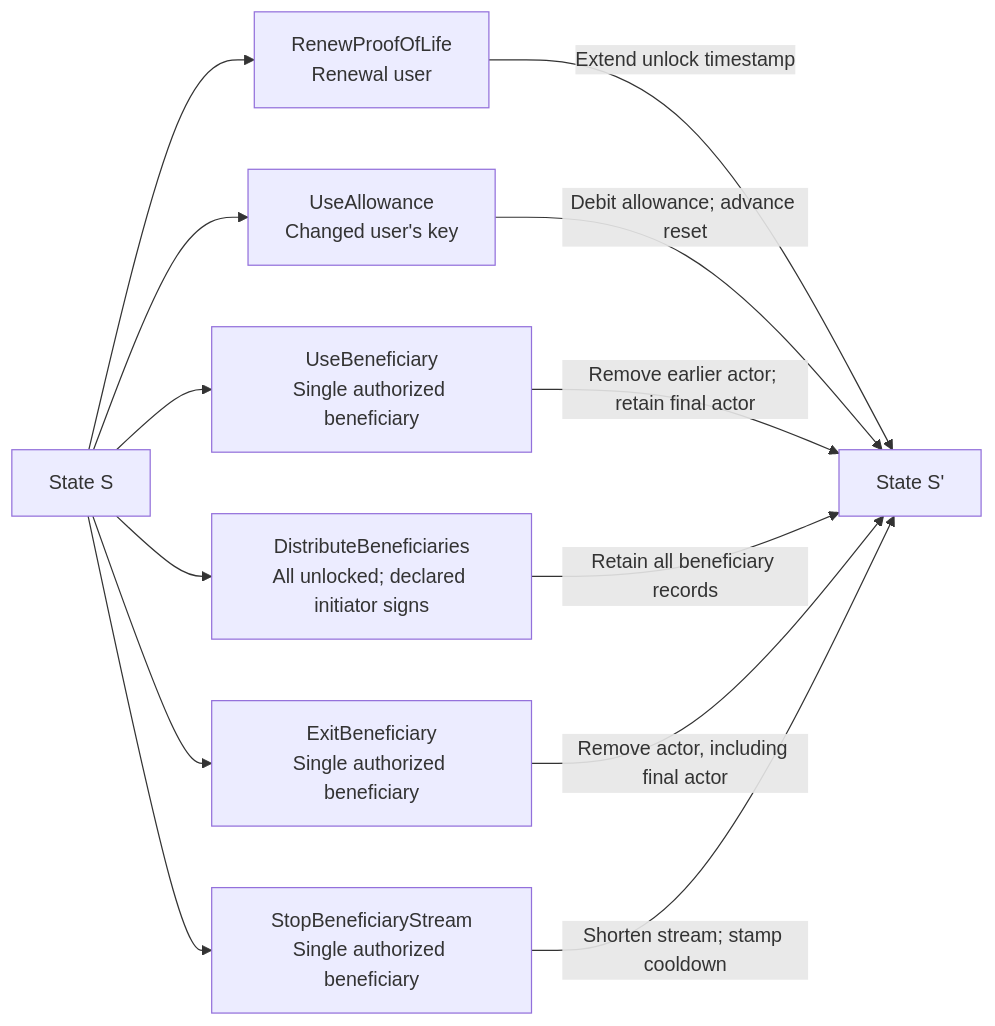
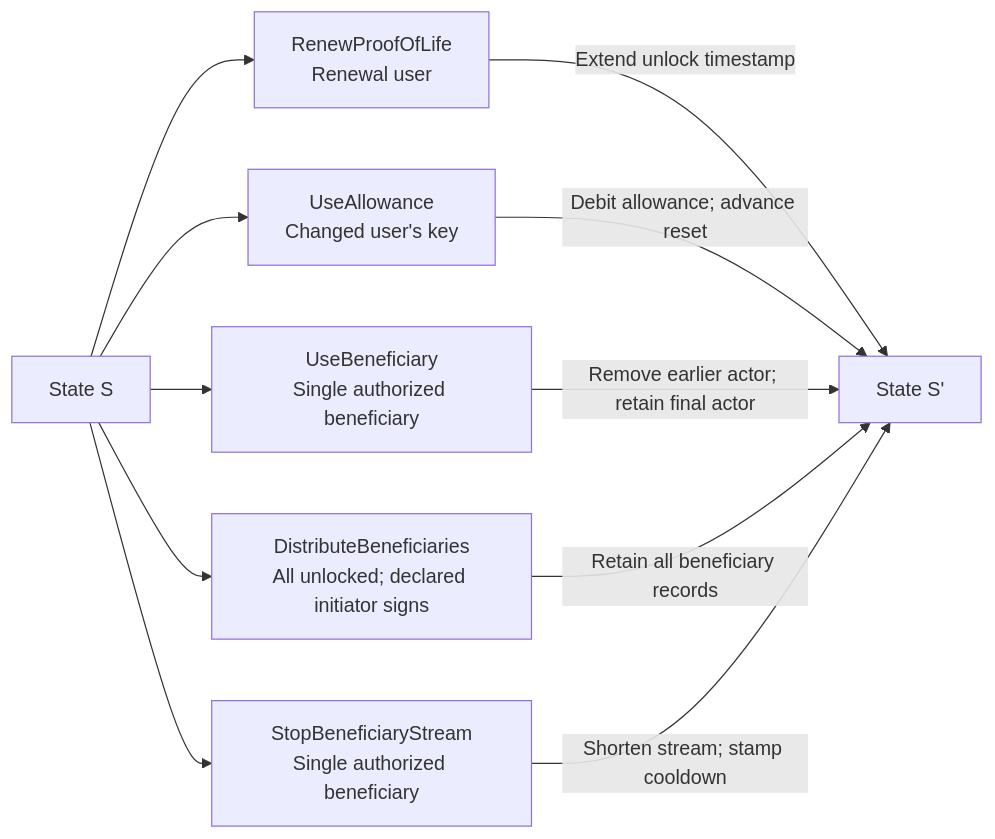
The fourth of 24 diagrams in docs/smart-contract-state-diagram.md (schaier-io/epora-wallet), drawn with Mermaid before and after one commit. The commit also changed other lines of this file and 104 other files, not shown here.

Commit message:
Remove permanent beneficiary exit

````diff
--- a/docs/smart-contract-state-diagram.md
+++ b/docs/smart-contract-state-diagram.md
@@ -164,15 +162,13 @@
 ```mermaid
 flowchart LR
     S["State S"] --> R["RenewProofOfLife<br/>Renewal user"]
     S --> A["UseAllowance<br/>Changed user's key"]
     S --> B["UseBeneficiary<br/>Single authorized beneficiary"]
     S --> D["DistributeBeneficiaries<br/>All unlocked; declared initiator signs"]
-    S --> E["ExitBeneficiary<br/>Single authorized beneficiary"]
     S --> T["StopBeneficiaryStream<br/>Single authorized beneficiary"]
     R -->|"Extend unlock timestamp"| N["State S'"]
     A -->|"Debit allowance; advance reset"| N
     B -->|"Remove earlier actor; retain final actor"| N
     D -->|"Retain all beneficiary records"| N
-    E -->|"Remove actor, including final actor"| N
     T -->|"Shorten stream; stamp cooldown"| N
 ```
````
